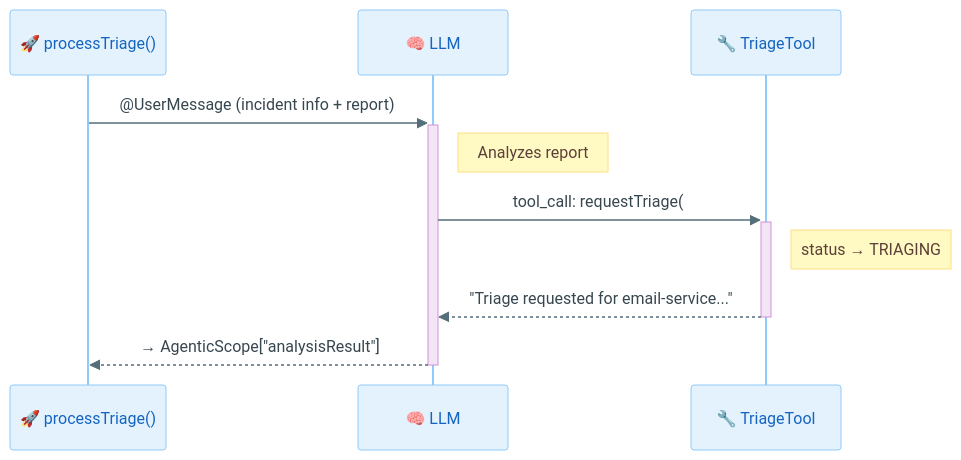
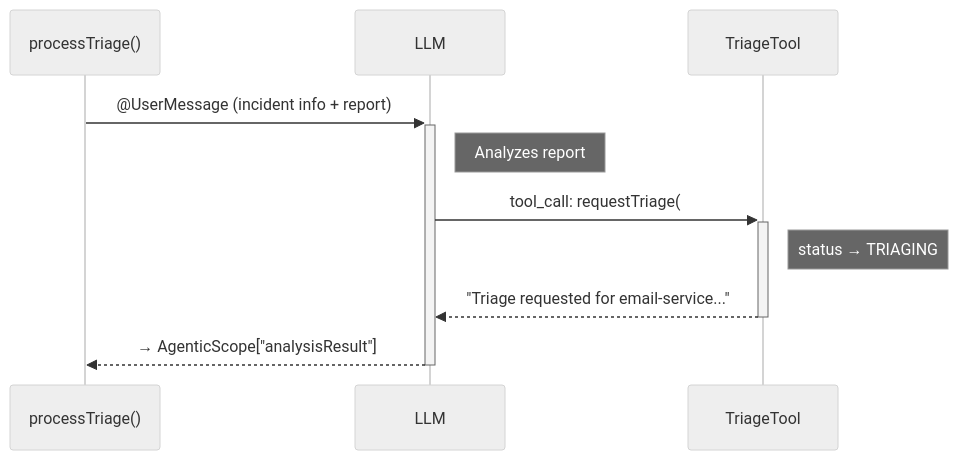
Before and after one commit to danieloh30/techxchange-2026-quarkus-bob-lab: the diagram in docs/01-first-agent/START_HERE.md, drawn with Mermaid. The commit also changed 6 other files, not shown here.

First line of the commit message:
style(docs): switch all Mermaid charts to handDrawn look with warm palette

````diff
--- a/docs/01-first-agent/START_HERE.md
+++ b/docs/01-first-agent/START_HERE.md
@@ -141,14 +141,14 @@
 ```mermaid
-%%{init: {'theme': 'base', 'themeVariables': {'actorBkg': '#e3f2fd', 'actorTextColor': '#1565c0', 'actorBorder': '#90caf9', 'actorLineColor': '#90caf9', 'signalColor': '#546e7a', 'signalTextColor': '#37474f', 'activationBkgColor': '#f3e5f5', 'activationBorderColor': '#ce93d8', 'noteBkgColor': '#fff9c4', 'noteTextColor': '#5d4037', 'noteBorderColor': '#ffe082', 'sequenceNumberColor': '#1565c0'}}}%%
+%%{init: {'look':'handDrawn','theme':'neutral','themeVariables': {'lineColor':'#4A4035'}}}%%
 sequenceDiagram
-    participant App as 🚀 processTriage()
-    participant LLM as 🧠 LLM
-    participant Tool as 🔧 TriageTool
+    participant App as processTriage()
+    participant LLM as LLM
+    participant Tool as TriageTool
 
     App->>+LLM: @UserMessage (incident info + report)
     Note right of LLM: Analyzes report
     LLM->>+Tool: tool_call: requestTriage(#5, ...)
     Note right of Tool: status → TRIAGING
     Tool-->>-LLM: "Triage requested for email-service..."
     LLM-->>-App: → AgenticScope["analysisResult"]
 ```
````
